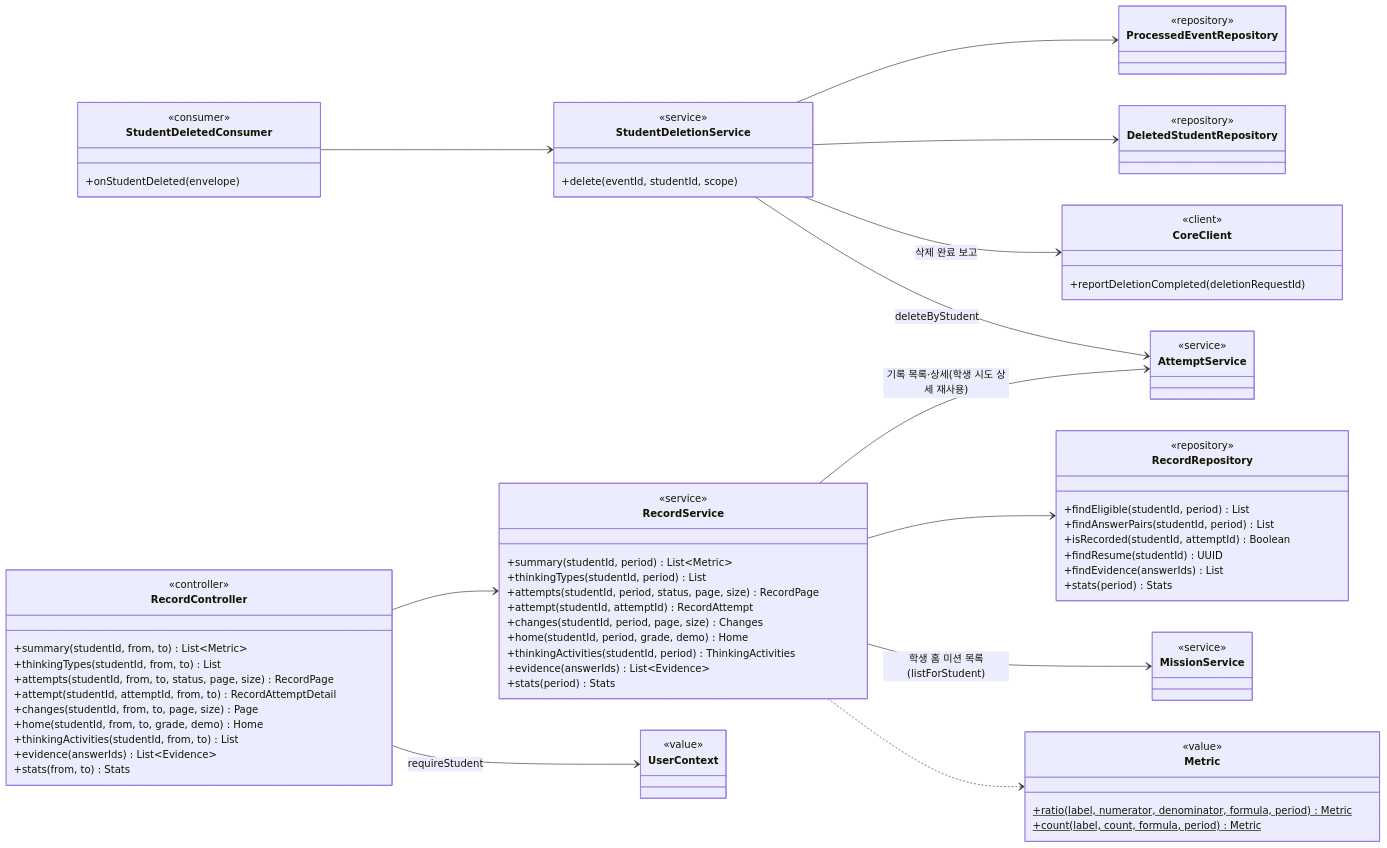
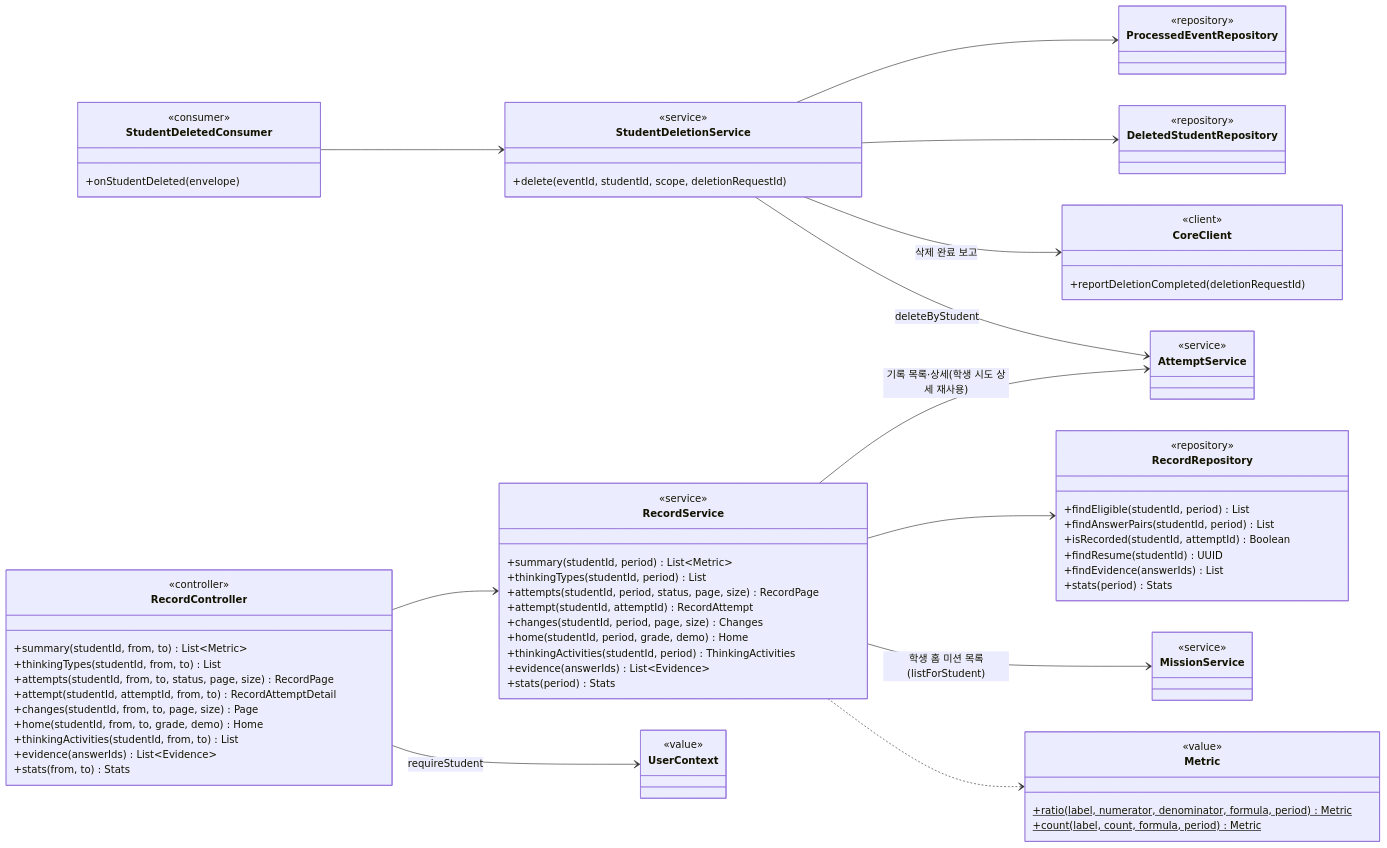
The tenth of 15 diagrams in docs/design/class-diagram.md (SKNETWORKS-FAMILY-AICAMP/SKN34-FINAL-3TEAM), drawn with Mermaid before and after one commit. The commit also changed other lines of this file and 3 other files, not shown here.

````diff
--- a/docs/design/class-diagram.md
+++ b/docs/design/class-diagram.md
@@ -1366,71 +1366,71 @@
 ```mermaid
 classDiagram
   direction LR
   class RecordController {
     <<controller>>
     +summary(studentId, from, to) List~Metric~
     +thinkingTypes(studentId, from, to) List
     +attempts(studentId, from, to, status, page, size) RecordPage
     +attempt(studentId, attemptId, from, to) RecordAttemptDetail
     +changes(studentId, from, to, page, size) Page
     +home(studentId, from, to, grade, demo) Home
     +thinkingActivities(studentId, from, to) List
     +evidence(answerIds) List~Evidence~
     +stats(from, to) Stats
   }
   class RecordService {
     <<service>>
     +summary(studentId, period) List~Metric~
     +thinkingTypes(studentId, period) List
     +attempts(studentId, period, status, page, size) RecordPage
     +attempt(studentId, attemptId) RecordAttempt
     +changes(studentId, period, page, size) Changes
     +home(studentId, period, grade, demo) Home
     +thinkingActivities(studentId, period) ThinkingActivities
     +evidence(answerIds) List~Evidence~
     +stats(period) Stats
   }
   class RecordRepository {
     <<repository>>
     +findEligible(studentId, period) List
     +findAnswerPairs(studentId, period) List
     +isRecorded(studentId, attemptId) Boolean
     +findResume(studentId) UUID
     +findEvidence(answerIds) List
     +stats(period) Stats
   }
   class Metric {
     <<value>>
     +ratio(label, numerator, denominator, formula, period)$ Metric
     +count(label, count, formula, period)$ Metric
   }
   class StudentDeletedConsumer {
     <<consumer>>
     +onStudentDeleted(envelope)
   }
   class StudentDeletionService {
     <<service>>
-    +delete(eventId, studentId, scope)
+    +delete(eventId, studentId, scope, deletionRequestId)
   }
   class CoreClient {
     <<client>>
     +reportDeletionCompleted(deletionRequestId)
   }
   class DeletedStudentRepository { <<repository>> }
   class ProcessedEventRepository { <<repository>> }
   class AttemptService { <<service>> }
   class MissionService { <<service>> }
   class UserContext { <<value>> }
 
   RecordController --> UserContext : requireStudent
   RecordController --> RecordService
   RecordService --> RecordRepository
   RecordService --> AttemptService : 기록 목록·상세(학생 시도 상세 재사용)
   RecordService --> MissionService : 학생 홈 미션 목록(listForStudent)
   RecordService ..> Metric
   StudentDeletedConsumer --> StudentDeletionService
   StudentDeletionService --> ProcessedEventRepository
   StudentDeletionService --> AttemptService : deleteByStudent
   StudentDeletionService --> DeletedStudentRepository
   StudentDeletionService --> CoreClient : 삭제 완료 보고
 ```
````
